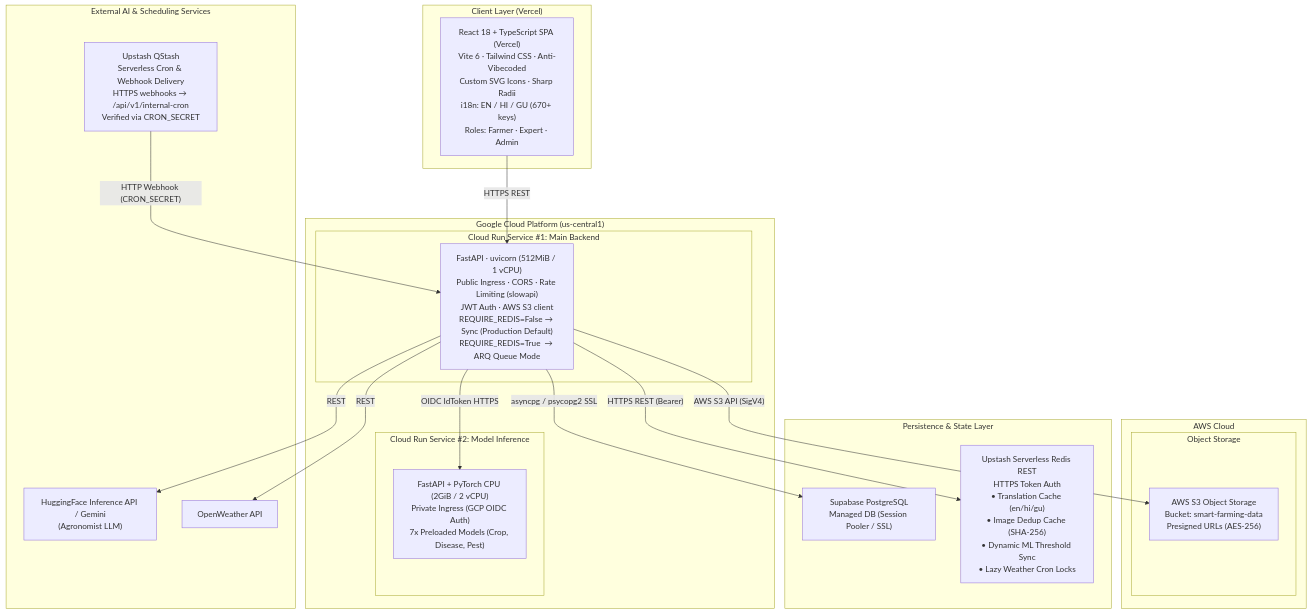
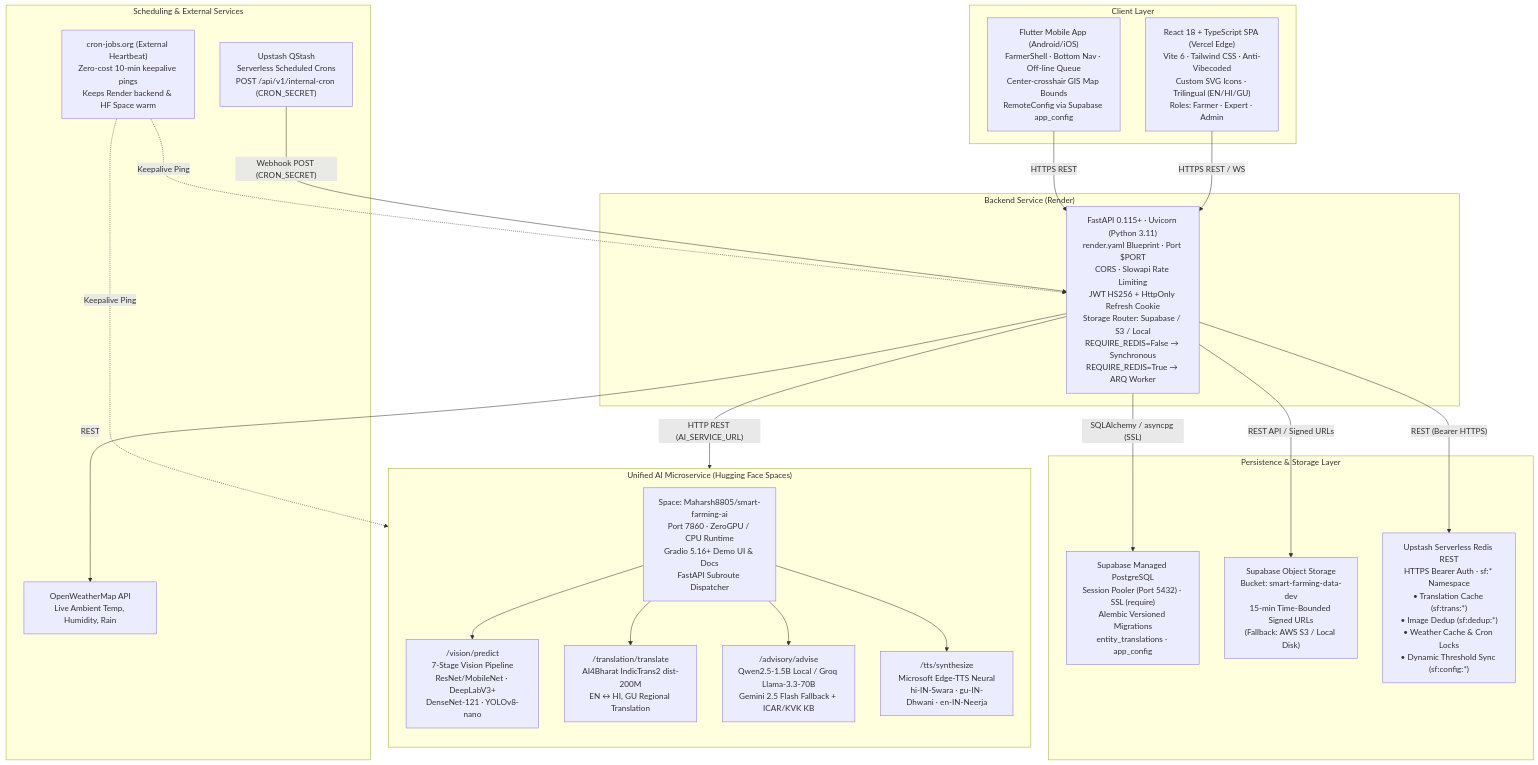
Before and after one commit to manthan2876/Smart-Farming: the first of 7 diagrams in Docs/Architecture.md, drawn with Mermaid. The commit also changed other lines of this file and 10 other files, not shown here.

Commit message:
docs: update documentation to 19 October 2026 reflecting Render, Hugging Face Space, and Supabase architecture

````diff
--- a/Docs/Architecture.md
+++ b/Docs/Architecture.md
@@ -53,42 +54,49 @@
 ```mermaid
 flowchart TD
-    subgraph CLIENT["Client Layer (Vercel)"]
-        SPA["React 18 + TypeScript SPA (Vercel)\nVite 6 · Tailwind CSS · Anti-Vibecoded\nCustom SVG Icons · Sharp Radii\ni18n: EN / HI / GU (670+ keys)\nRoles: Farmer · Expert · Admin"]
+    subgraph CLIENTS["Client Layer"]
+        SPA["React 18 + TypeScript SPA (Vercel Edge)\nVite 6 · Tailwind CSS · Anti-Vibecoded\nCustom SVG Icons · Trilingual (EN/HI/GU)\nRoles: Farmer · Expert · Admin"]
+        MOB["Flutter Mobile App (Android/iOS)\nFarmerShell · Bottom Nav · Off-line Queue\nCenter-crosshair GIS Map Bounds\nRemoteConfig via Supabase app_config"]
     end
 
-    subgraph GCP["Google Cloud Platform (us-central1)"]
-        subgraph GATEWAY["Cloud Run Service #1: Main Backend"]
-            API["FastAPI · uvicorn (512MiB / 1 vCPU)\nPublic Ingress · CORS · Rate Limiting (slowapi)\nJWT Auth · AWS S3 client\nREQUIRE_REDIS=False → Sync (Production Default)\nREQUIRE_REDIS=True  → ARQ Queue Mode"]
-        end
-
-        subgraph INFERENCE["Cloud Run Service #2: Model Inference"]
-            INF["FastAPI + PyTorch CPU (2GiB / 2 vCPU)\nPrivate Ingress (GCP OIDC Auth)\n7x Preloaded Models (Crop, Disease, Pest)"]
-        end
+    subgraph BACKEND_HOST["Backend Service (Render)"]
+        API["FastAPI 0.115+ · Uvicorn (Python 3.11)\nrender.yaml Blueprint · Port $PORT\nCORS · Slowapi Rate Limiting\nJWT HS256 + HttpOnly Refresh Cookie\nStorage Router: Supabase / S3 / Local\nREQUIRE_REDIS=False → Synchronous\nREQUIRE_REDIS=True → ARQ Worker"]
     end
 
-    subgraph AWS["AWS Cloud"]
-        subgraph OBJ["Object Storage"]
-            S3["AWS S3 Object Storage\nBucket: smart-farming-data\nPresigned URLs (AES-256)"]
-        end
+    subgraph AI_MICROSERVICE["Unified AI Microservice (Hugging Face Spaces)"]
+        direction TB
+        HF_SPACE["Space: Maharsh8805/smart-farming-ai\nPort 7860 · ZeroGPU / CPU Runtime\nGradio 5.16+ Demo UI & Docs\nFastAPI Subroute Dispatcher"]
+        
+        VISION["/vision/predict\n7-Stage Vision Pipeline\nResNet/MobileNet · DeepLabV3+\nDenseNet-121 · YOLOv8-nano"]
+        TRANS["/translation/translate\nAI4Bharat IndicTrans2 dist-200M\nEN ↔ HI, GU Regional Translation"]
+        ADV["/advisory/advise\nQwen2.5-1.5B Local / Groq Llama-3.3-70B\nGemini 2.5 Flash Fallback + ICAR/KVK KB"]
+        TTS["/tts/synthesize\nMicrosoft Edge-TTS Neural\nhi-IN-Swara · gu-IN-Dhwani · en-IN-Neerja"]
+
+        HF_SPACE --> VISION
+        HF_SPACE --> TRANS
+        HF_SPACE --> ADV
+        HF_SPACE --> TTS
     end
 
-    subgraph PERSIST["Persistence & State Layer"]
-        DB["Supabase PostgreSQL\nManaged DB (Session Pooler / SSL)"]
-        UPSTASH["Upstash Serverless Redis REST\nHTTPS Token Auth\n• Translation Cache (en/hi/gu)\n• Image Dedup Cache (SHA-256)\n• Dynamic ML Threshold Sync\n• Lazy Weather Cron Locks"]
+    subgraph PERSISTENCE["Persistence & Storage Layer"]
+        DB["Supabase Managed PostgreSQL\nSession Pooler (Port 5432) · SSL (require)\nAlembic Versioned Migrations\nentity_translations · app_config"]
+        OBJ["Supabase Object Storage\nBucket: smart-farming-data-dev\n15-min Time-Bounded Signed URLs\n(Fallback: AWS S3 / Local Disk)"]
+        UPSTASH["Upstash Serverless Redis REST\nHTTPS Bearer Auth · sf:* Namespace\n• Translation Cache (sf:trans:*)\n• Image Dedup (sf:dedup:*)\n• Weather Cache & Cron Locks\n• Dynamic Threshold Sync (sf:config:*)"]
     end
 
-    subgraph EXTERNAL["External AI & Scheduling Services"]
-        HF["HuggingFace Inference API / Gemini\n(Agronomist LLM)"]
-        OWM["OpenWeather API"]
-        QSTASH["Upstash QStash\nServerless Cron & Webhook Delivery\nHTTPS webhooks → /api/v1/internal-cron\nVerified via CRON_SECRET"]
+    subgraph SCHEDULING["Scheduling & External Services"]
+        CRON["cron-jobs.org (External Heartbeat)\nZero-cost 10-min keepalive pings\nKeeps Render backend & HF Space warm"]
+        QSTASH["Upstash QStash\nServerless Scheduled Crons\nPOST /api/v1/internal-cron (CRON_SECRET)"]
+        OWM["OpenWeatherMap API\nLive Ambient Temp, Humidity, Rain"]
     end
 
-    SPA -- "HTTPS REST" --> API
-    API -- "OIDC IdToken HTTPS" --> INF
-    API -- "AWS S3 API (SigV4)" --> S3
-    API -- "asyncpg / psycopg2 SSL" --> DB
-    API -- "HTTPS REST (Bearer)" --> UPSTASH
-    API -- "REST" --> HF
+    SPA -- "HTTPS REST / WS" --> API
+    MOB -- "HTTPS REST" --> API
+    API -- "HTTP REST (AI_SERVICE_URL)" --> HF_SPACE
+    API -- "REST API / Signed URLs" --> OBJ
+    API -- "SQLAlchemy / asyncpg (SSL)" --> DB
+    API -- "REST (Bearer HTTPS)" --> UPSTASH
     API -- "REST" --> OWM
-    QSTASH -- "HTTP Webhook (CRON_SECRET)" --> API
+    QSTASH -- "Webhook POST (CRON_SECRET)" --> API
+    CRON -. "Keepalive Ping" .-> API
+    CRON -. "Keepalive Ping" .-> HF_SPACE
 ```
````
